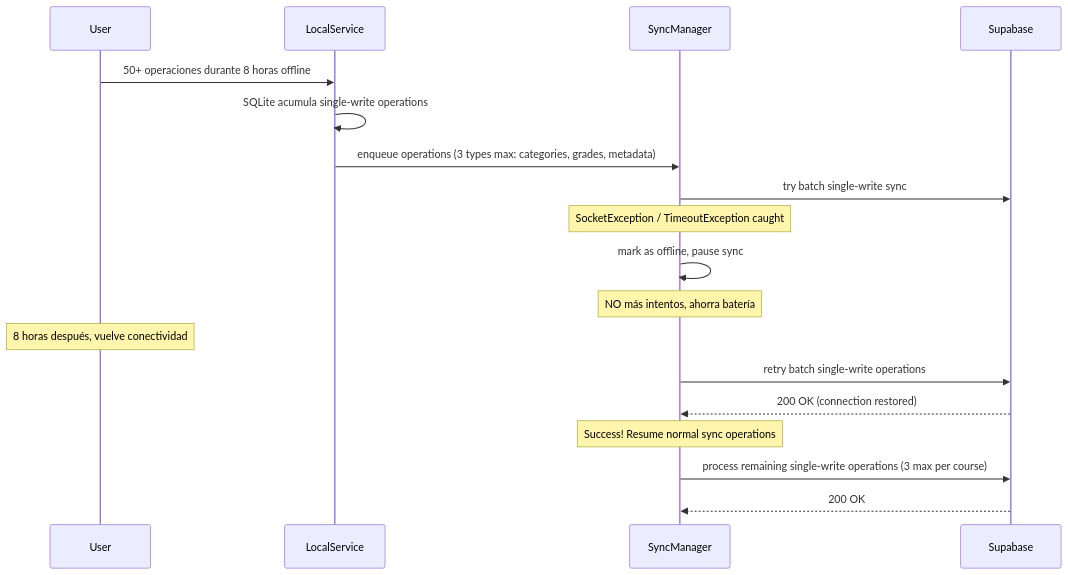
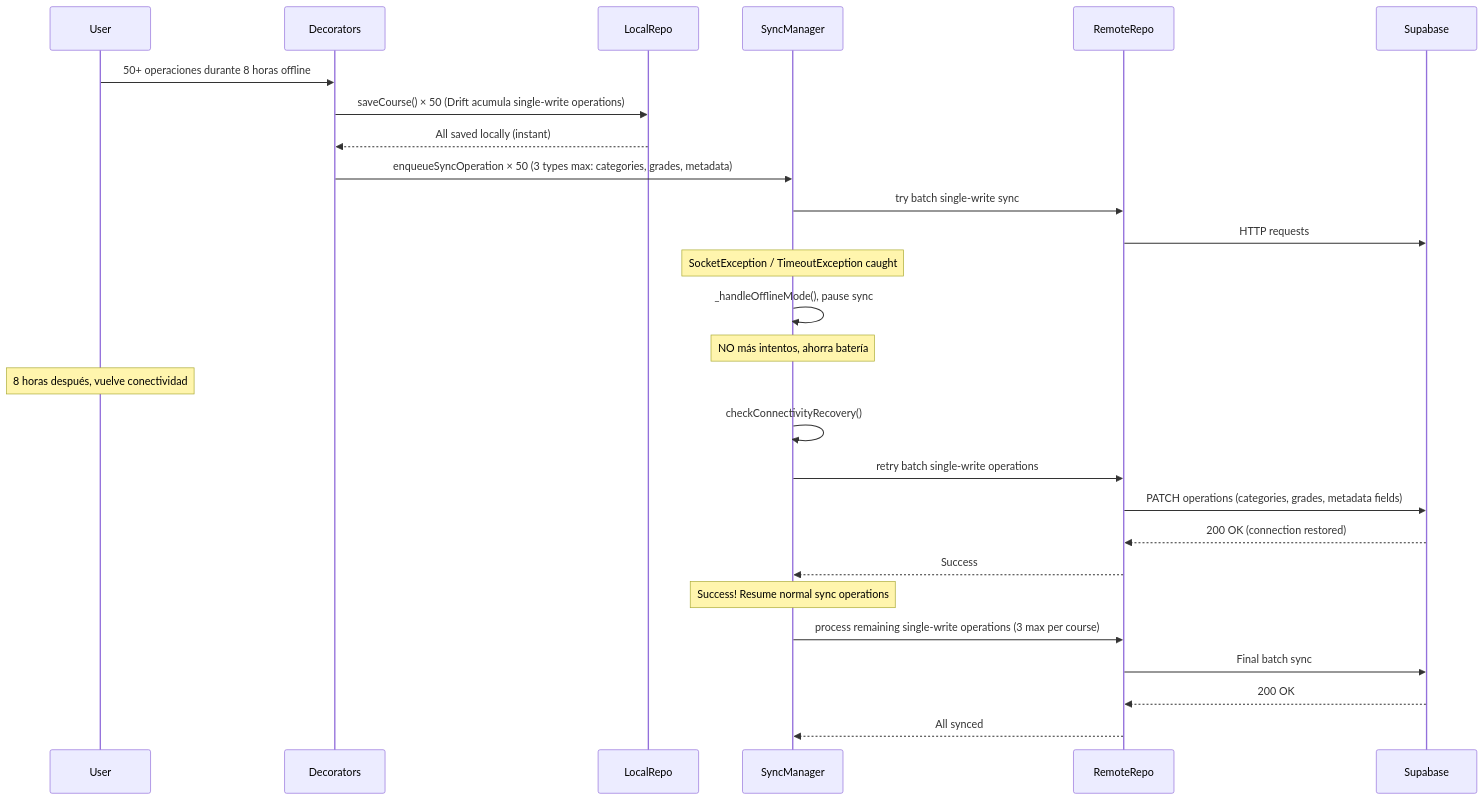
Before and after one commit to sigapp-unp/sigapp-mobile: the fourth of 6 diagrams in docs/database-optimization-strategy.md, drawn with Mermaid. The commit also changed other lines of this file and 35 other files, not shown here.

First line of the commit message:
Refactor grade tracking cache service and sync manager; migrate to drift and sqlite3_flutter_libs

````diff
--- a/docs/database-optimization-strategy.md
+++ b/docs/database-optimization-strategy.md
@@ -191,27 +214,36 @@
 ```mermaid
 sequenceDiagram
     participant User
-    participant LocalService
+    participant Decorators
+    participant LocalRepo
     participant SyncManager
+    participant RemoteRepo
     participant Supabase
 
-    User->>LocalService: 50+ operaciones durante 8 horas offline
-    LocalService->>LocalService: SQLite acumula single-write operations
-    LocalService->>SyncManager: enqueue operations (3 types max: categories, grades, metadata)
+    User->>Decorators: 50+ operaciones durante 8 horas offline
+    Decorators->>LocalRepo: saveCourse() × 50 (Drift acumula single-write operations)
+    LocalRepo-->>Decorators: All saved locally (instant)
+    Decorators->>SyncManager: enqueueSyncOperation × 50 (3 types max: categories, grades, metadata)
 
-    SyncManager->>Supabase: try batch single-write sync
+    SyncManager->>RemoteRepo: try batch single-write sync
+    RemoteRepo->>Supabase: HTTP requests
     Note over SyncManager: SocketException / TimeoutException caught
-    SyncManager->>SyncManager: mark as offline, pause sync
+    SyncManager->>SyncManager: _handleOfflineMode(), pause sync
 
     Note over SyncManager: NO más intentos, ahorra batería
 
     Note over User: 8 horas después, vuelve conectividad
 
-    SyncManager->>Supabase: retry batch single-write operations
-    Supabase-->>SyncManager: 200 OK (connection restored)
+    SyncManager->>SyncManager: checkConnectivityRecovery()
+    SyncManager->>RemoteRepo: retry batch single-write operations
+    RemoteRepo->>Supabase: PATCH operations (categories, grades, metadata fields)
+    Supabase-->>RemoteRepo: 200 OK (connection restored)
+    RemoteRepo-->>SyncManager: Success
 
     Note over SyncManager: Success! Resume normal sync operations
 
-    SyncManager->>Supabase: process remaining single-write operations (3 max per course)
-    Supabase-->>SyncManager: 200 OK
+    SyncManager->>RemoteRepo: process remaining single-write operations (3 max per course)
+    RemoteRepo->>Supabase: Final batch sync
+    Supabase-->>RemoteRepo: 200 OK
+    RemoteRepo-->>SyncManager: All synced
 ```
````
